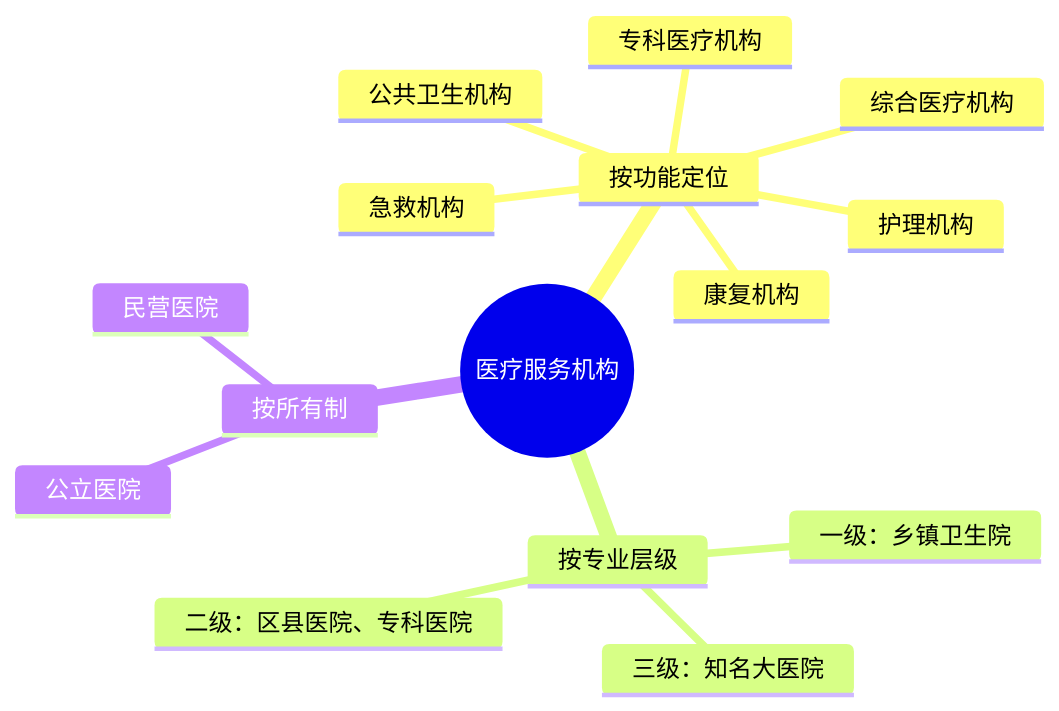
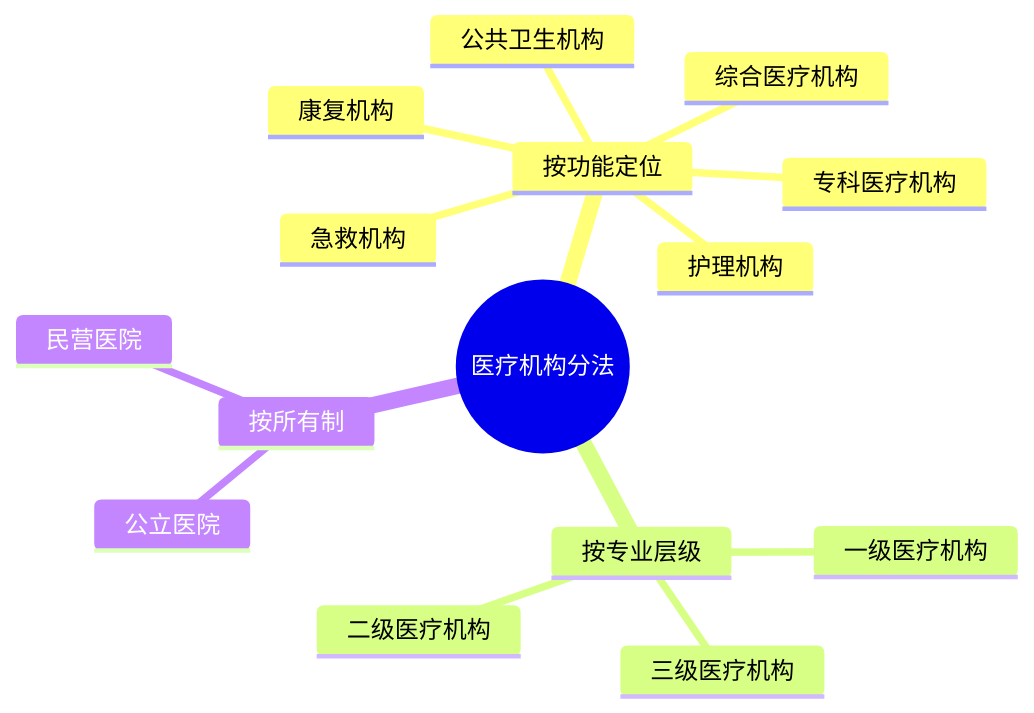
The third of 9 diagrams in _posts/2026-06-13-研究笔记——民营医院的赚钱路径.md (andy660/andy660.github.io), drawn with Mermaid before and after one commit. The commit also changed other lines of this file and 3 other files, not shown here.

````diff
--- a/_posts/2026-06-13-研究笔记——民营医院的赚钱路径.md
+++ b/_posts/2026-06-13-研究笔记——民营医院的赚钱路径.md
@@ -56,18 +68,18 @@
 ```mermaid
 mindmap
-  root(("医疗服务机构"))
+  root((医疗机构分法))
     按功能定位
       综合医疗机构
       专科医疗机构
       康复机构
       急救机构
       护理机构
       公共卫生机构
     按专业层级
-      一级：乡镇卫生院
-      二级：区县医院、专科医院
-      三级：知名大医院
+      一级医疗机构
+      二级医疗机构
+      三级医疗机构
     按所有制
       公立医院
       民营医院
 ```
````
